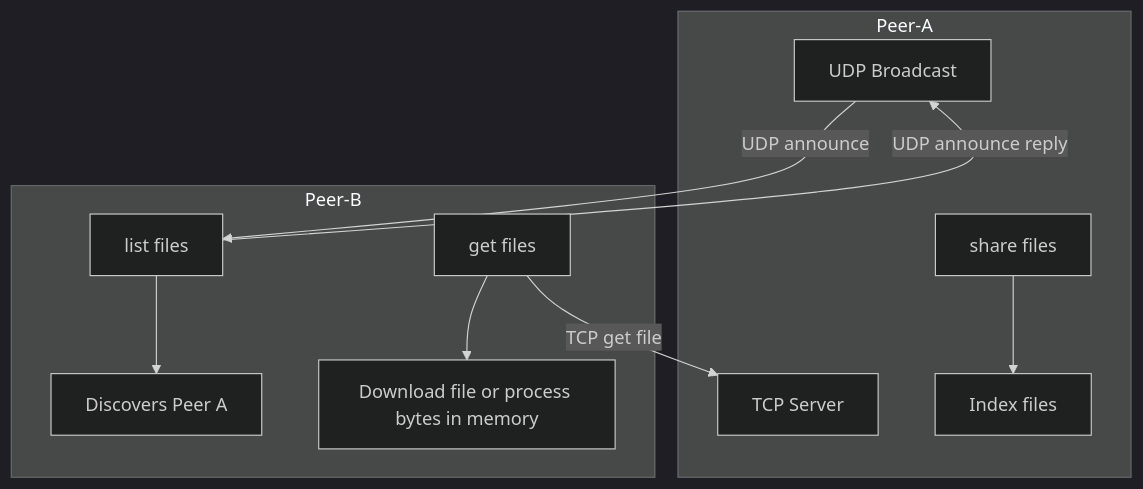
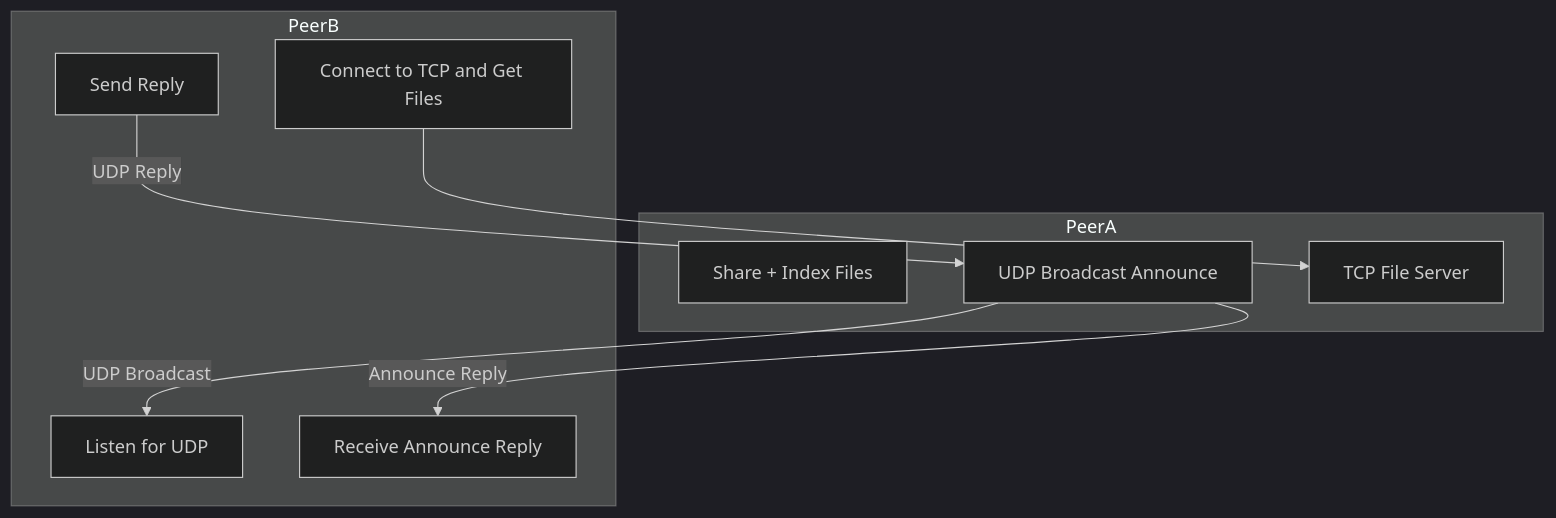
Before and after one commit to vamsi-karnam/openfilenet: the diagram in README.md, drawn with Mermaid (dark theme).

````diff
--- a/README.md
+++ b/README.md
@@ -44,18 +44,22 @@
 ```mermaid
 flowchart TD
 
-subgraph Peer-A
-  A1[share files] --> A2[Index files]
-  A3[UDP Broadcast]
-  A4[TCP Server]
+subgraph PeerA
+  A1[Share + Index Files]
+  A2[UDP Broadcast Announce]
+  A3[TCP File Server]
 end
 
-subgraph Peer-B
-  B1[list files] --> B2[Discovers Peer A]
-  B3[get files] --> B4[Download file or process bytes in memory]
+subgraph PeerB
+  B1[Listen for UDP]
+  B2[Send Reply]
+  B3[Receive Announce Reply]
+  B4[Connect to TCP and Get Files]
 end
 
-A3 -- "UDP announce" --> B1
-B1 -- "UDP announce reply" --> A3
-B3 -- "TCP get file" --> A4
+A2 -- "UDP Broadcast" --> B1
+B2 -- "UDP Reply" --> A2
+A2 -- "Announce Reply" --> B3
+B4 --> A3
+
 ```
````
